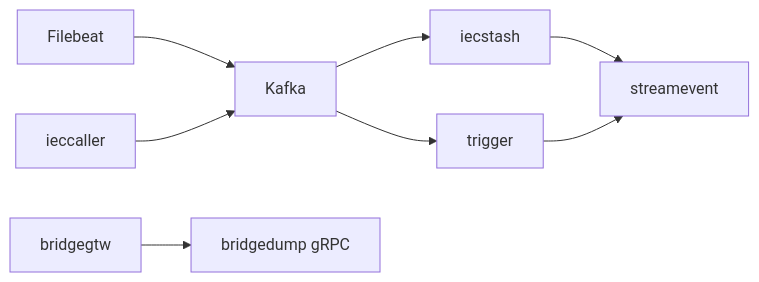
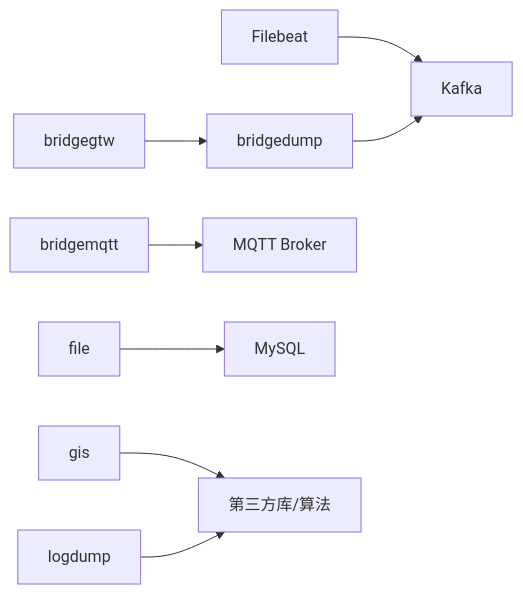
One commit to maomao94/zero-service changed the sixth of 6 diagrams in .qoder/repowiki/zh/content/部署与运维/部署与运维.md. Above: the diagram before and after it, drawn with Mermaid. The commit also changed other lines of this file and 362 other files, not shown here.

````diff
--- a/.qoder/repowiki/zh/content/部署与运维/部署与运维.md
+++ b/.qoder/repowiki/zh/content/部署与运维/部署与运维.md
@@ -322,10 +314,10 @@
 ```mermaid
 graph LR
 FB["Filebeat"] --> K["Kafka"]
-IC["ieccaller"] --> K
-K --> IS["iecstash"]
-IS --> SE["streamevent"]
-BG["bridgegtw"] --> BRD["bridgedump gRPC"]
-TR["trigger"] --> SE
-K --> TR
+BDM["bridgedump"] --> K
+BGW["bridgegtw"] --> BDM
+BMQ["bridgemqtt"] --> MQ["MQTT Broker"]
+FIL["file"] --> DB["MySQL"]
+GIS["gis"] --> 外部["第三方库/算法"]
+LOG["logdump"] --> 外部
 ```
````
